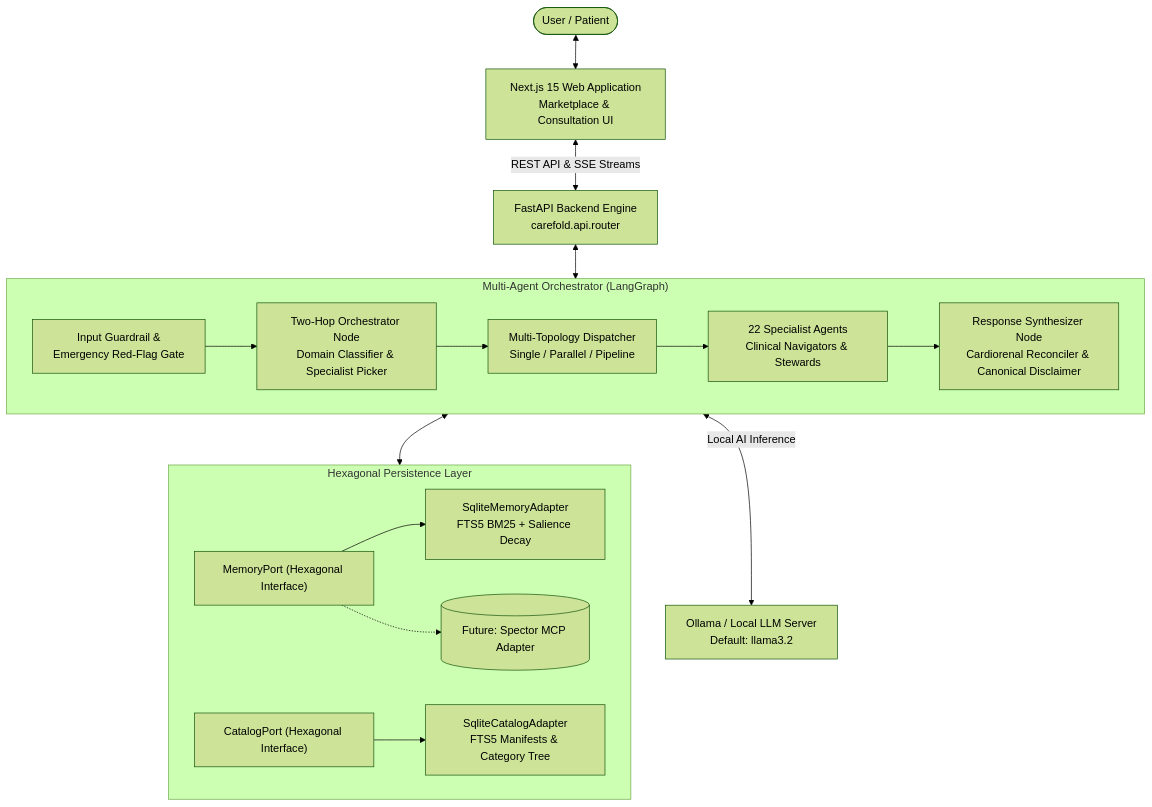
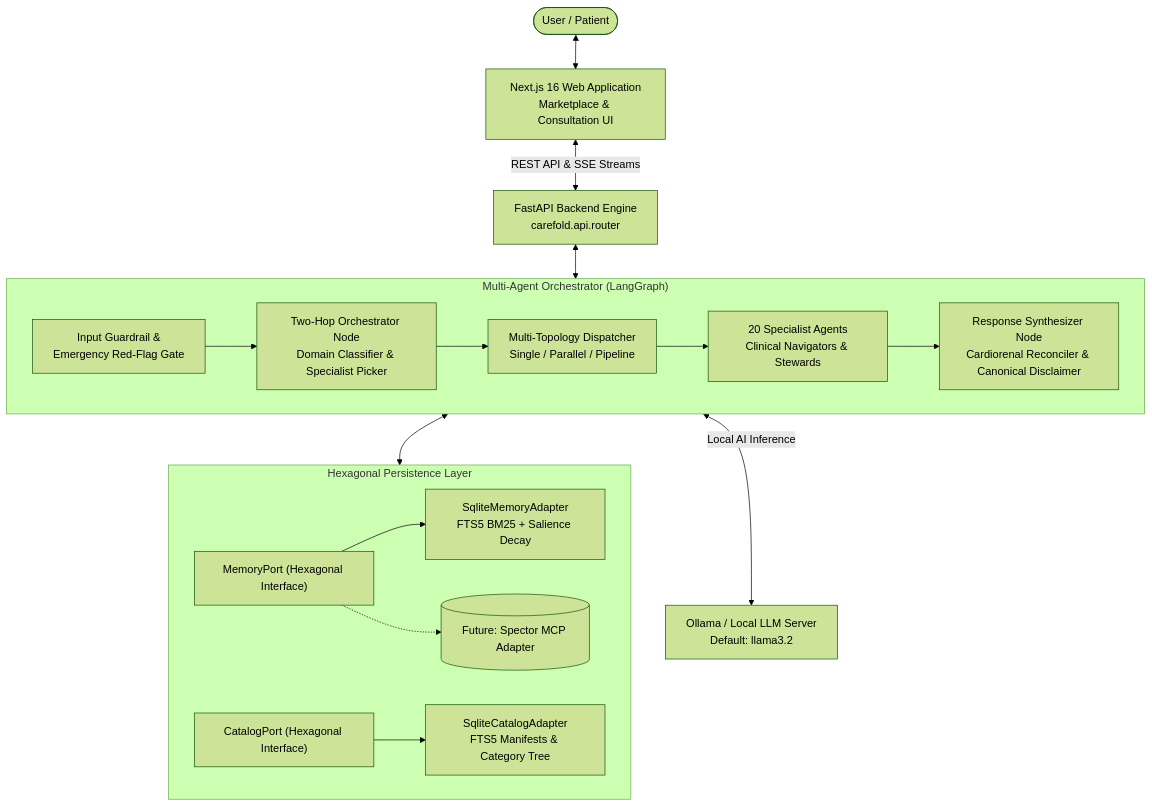
Before and after one commit to Sandro850/carefold: the diagram in docs/index.md, drawn with Mermaid (forest theme). The commit also changed other lines of this file and 7 other files, not shown here.

````diff
--- a/docs/index.md
+++ b/docs/index.md
@@ -13,35 +13,35 @@
 ```mermaid
 flowchart TD
-    User([User / Patient]) <--> WebUI[Next.js 15 Web Application<br/>Marketplace & Consultation UI]
+    User([User / Patient]) <--> WebUI[Next.js 16 Web Application<br/>Marketplace & Consultation UI]
     WebUI <-->|REST API & SSE Streams| Backend[FastAPI Backend Engine<br/>carefold.api.router]
     
     subgraph EngineCore["Multi-Agent Orchestrator (LangGraph)"]
         InputGate[Input Guardrail &<br/>Emergency Red-Flag Gate]
         Orchestrator[Two-Hop Orchestrator Node<br/>Domain Classifier & Specialist Picker]
         Dispatcher[Multi-Topology Dispatcher<br/>Single / Parallel / Pipeline]
-        Specialists[22 Specialist Agents<br/>Clinical Navigators & Stewards]
+        Specialists[20 Specialist Agents<br/>Clinical Navigators & Stewards]
         Synthesizer[Response Synthesizer Node<br/>Cardiorenal Reconciler & Canonical Disclaimer]
         
         InputGate --> Orchestrator
         Orchestrator --> Dispatcher
         Dispatcher --> Specialists
         Specialists --> Synthesizer
     end
     
     Backend <--> EngineCore
     
     subgraph StorageLayer["Hexagonal Persistence Layer"]
         MemoryPort["MemoryPort (Hexagonal Interface)"]
         CatalogPort["CatalogPort (Hexagonal Interface)"]
         SqliteMem[SqliteMemoryAdapter<br/>FTS5 BM25 + Salience Decay]
         SqliteCat[SqliteCatalogAdapter<br/>FTS5 Manifests & Category Tree]
         SpectorMCP[(Future: Spector MCP Adapter)]
         
         MemoryPort --> SqliteMem
         MemoryPort -.-> SpectorMCP
         CatalogPort --> SqliteCat
     end
     
     EngineCore <--> StorageLayer
     EngineCore <-->|Local AI Inference| Ollama[Ollama / Local LLM Server<br/>Default: llama3.2]
 ```
````
